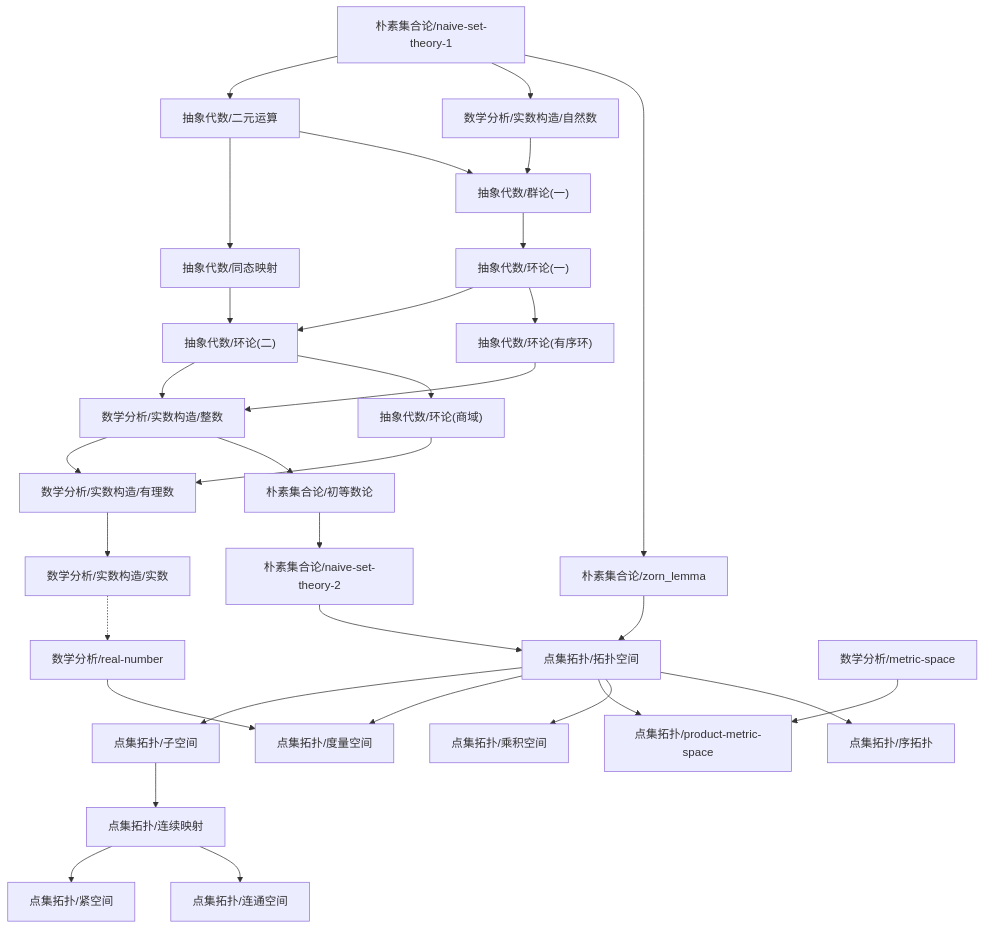
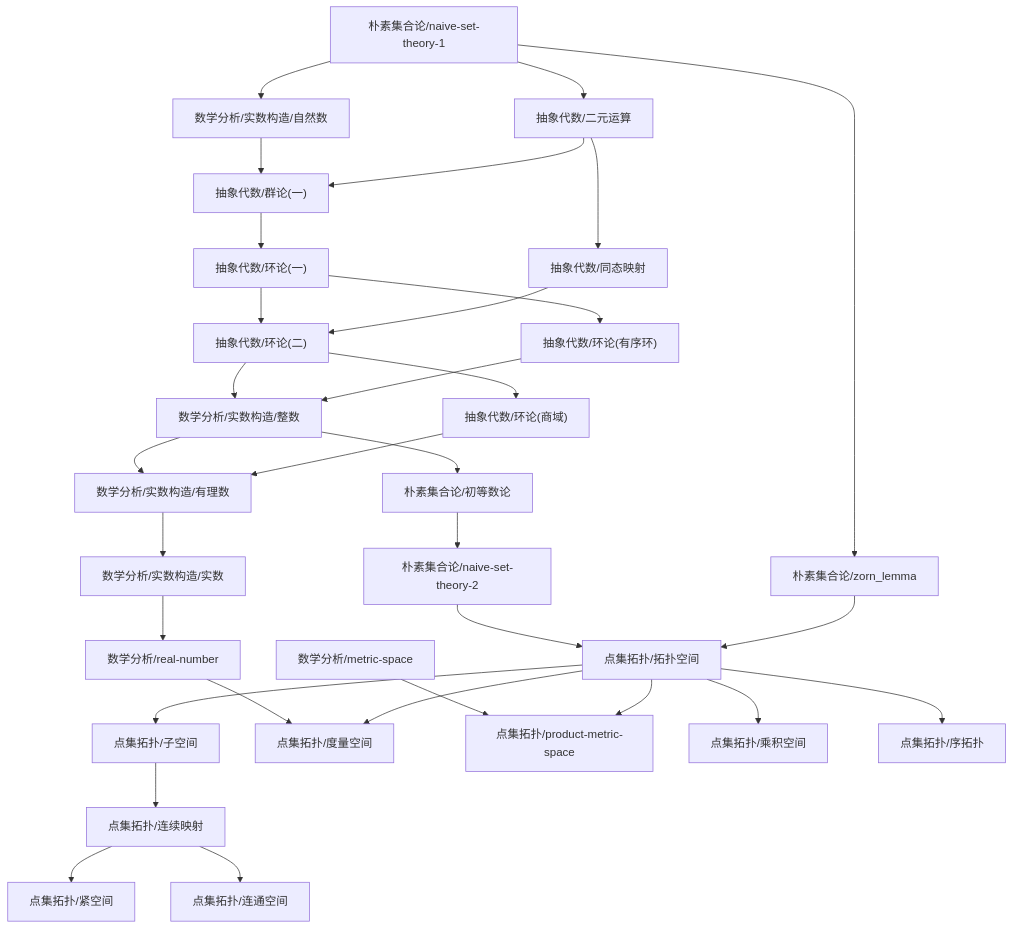
One commit to zeroDtree/zeroDtree.github.io changed the diagram in content/点集拓扑/dependency_graph.md. Above: the diagram before and after it, drawn with Mermaid. The commit also changed 7 other files, not shown here.

````diff
--- a/content/点集拓扑/dependency_graph.md
+++ b/content/点集拓扑/dependency_graph.md
@@ -1,34 +1,34 @@
 ```mermaid
 graph TD
 1["朴素集合论/naive-set-theory-2"] --> 0["点集拓扑/拓扑空间"]
 2["朴素集合论/zorn_lemma"] --> 0["点集拓扑/拓扑空间"]
 4["点集拓扑/子空间"] --> 3["点集拓扑/连续映射"]
 0["点集拓扑/拓扑空间"] --> 4["点集拓扑/子空间"]
 7["数学分析/real-number"] --> 6["点集拓扑/度量空间"]
 0["点集拓扑/拓扑空间"] --> 6["点集拓扑/度量空间"]
 3["点集拓扑/连续映射"] --> 8["点集拓扑/紧空间"]
 10["数学分析/metric-space"] --> 9["点集拓扑/product-metric-space"]
 0["点集拓扑/拓扑空间"] --> 9["点集拓扑/product-metric-space"]
 3["点集拓扑/连续映射"] --> 11["点集拓扑/连通空间"]
 0["点集拓扑/拓扑空间"] --> 12["点集拓扑/乘积空间"]
 0["点集拓扑/拓扑空间"] --> 13["点集拓扑/序拓扑"]
-14["数学分析/实数构造/实数"] -.-> 7["数学分析/real-number"]
+14["数学分析/实数构造/实数"] --> 7["数学分析/real-number"]
 15["数学分析/实数构造/有理数"] --> 14["数学分析/实数构造/实数"]
-16["数学分析/实数构造/整数"] --> 15["数学分析/实数构造/有理数"]
-17["抽象代数/环论(商域)"] --> 15["数学分析/实数构造/有理数"]
-18["抽象代数/环论(二)"] --> 16["数学分析/实数构造/整数"]
-19["抽象代数/环论(有序环)"] --> 16["数学分析/实数构造/整数"]
-18["抽象代数/环论(二)"] --> 17["抽象代数/环论(商域)"]
-20["抽象代数/环论(一)"] --> 18["抽象代数/环论(二)"]
-21["抽象代数/同态映射"] --> 18["抽象代数/环论(二)"]
-22["抽象代数/群论(一)"] --> 20["抽象代数/环论(一)"]
-23["抽象代数/二元运算"] --> 21["抽象代数/同态映射"]
-24["朴素集合论/naive-set-theory-1"] --> 23["抽象代数/二元运算"]
-25["数学分析/实数构造/自然数"] --> 22["抽象代数/群论(一)"]
-23["抽象代数/二元运算"] --> 22["抽象代数/群论(一)"]
-24["朴素集合论/naive-set-theory-1"] --> 25["数学分析/实数构造/自然数"]
-20["抽象代数/环论(一)"] --> 19["抽象代数/环论(有序环)"]
+17["朴素集合论/naive-set-theory-1"] --> 16["数学分析/实数构造/自然数"]
+19["抽象代数/环论(二)"] --> 18["数学分析/实数构造/整数"]
+20["抽象代数/环论(有序环)"] --> 18["数学分析/实数构造/整数"]
+18["数学分析/实数构造/整数"] --> 15["数学分析/实数构造/有理数"]
+21["抽象代数/环论(商域)"] --> 15["数学分析/实数构造/有理数"]
+19["抽象代数/环论(二)"] --> 21["抽象代数/环论(商域)"]
+22["抽象代数/环论(一)"] --> 19["抽象代数/环论(二)"]
+23["抽象代数/同态映射"] --> 19["抽象代数/环论(二)"]
+24["抽象代数/群论(一)"] --> 22["抽象代数/环论(一)"]
+25["抽象代数/二元运算"] --> 23["抽象代数/同态映射"]
+17["朴素集合论/naive-set-theory-1"] --> 25["抽象代数/二元运算"]
+16["数学分析/实数构造/自然数"] --> 24["抽象代数/群论(一)"]
+25["抽象代数/二元运算"] --> 24["抽象代数/群论(一)"]
+22["抽象代数/环论(一)"] --> 20["抽象代数/环论(有序环)"]
 26["朴素集合论/初等数论"] --> 1["朴素集合论/naive-set-theory-2"]
-24["朴素集合论/naive-set-theory-1"] --> 2["朴素集合论/zorn_lemma"]
-16["数学分析/实数构造/整数"] --> 26["朴素集合论/初等数论"]
+17["朴素集合论/naive-set-theory-1"] --> 2["朴素集合论/zorn_lemma"]
+18["数学分析/实数构造/整数"] --> 26["朴素集合论/初等数论"]
 ```
````
